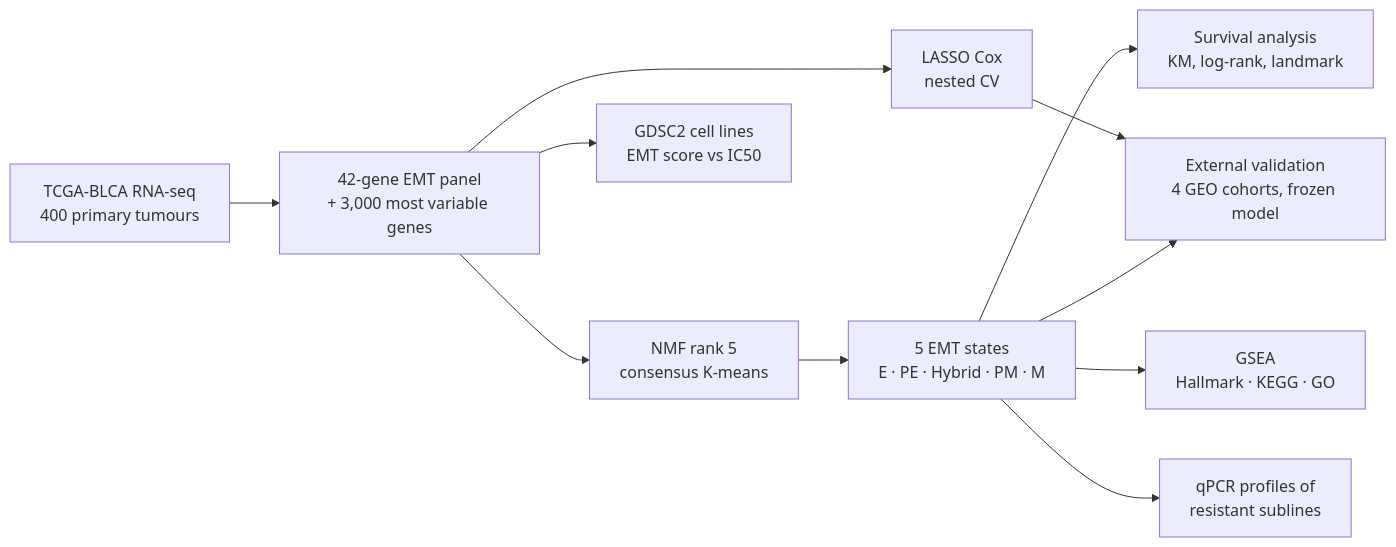
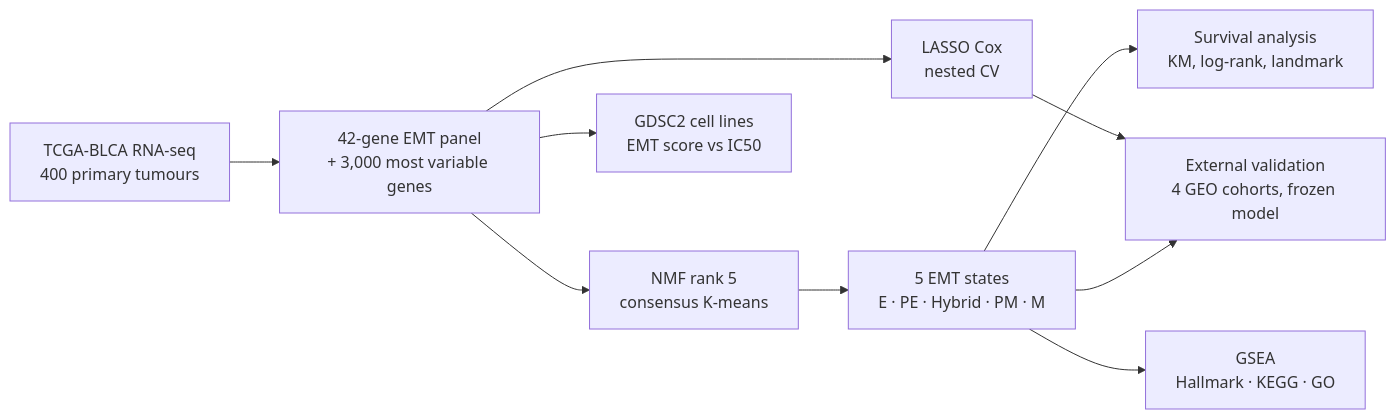
The diagram in README.md (LittleIronclad/bladder-cancer-emt-states), drawn with Mermaid before and after one commit. The commit also changed other lines of this file and 3 other files, not shown here.

````diff
--- a/README.md
+++ b/README.md
@@ -27,13 +27,12 @@
 ```mermaid
 flowchart LR
     A[TCGA-BLCA RNA-seq<br/>400 primary tumours] --> B[42-gene EMT panel<br/>+ 3,000 most variable genes]
     B --> C[NMF rank 5<br/>consensus K-means]
     C --> D[5 EMT states<br/>E · PE · Hybrid · PM · M]
     D --> E[Survival analysis<br/>KM, log-rank, landmark]
     B --> F[LASSO Cox<br/>nested CV]
     F --> G[External validation<br/>4 GEO cohorts, frozen model]
     D --> G
     D --> H[GSEA<br/>Hallmark · KEGG · GO]
     B --> I[GDSC2 cell lines<br/>EMT score vs IC50]
-    D --> J[qPCR profiles of<br/>resistant sublines]
 ```
````
